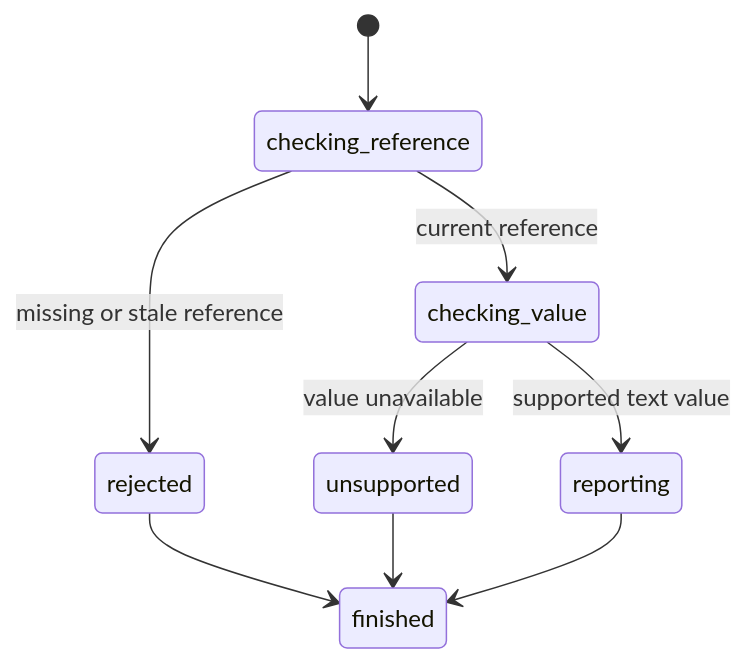
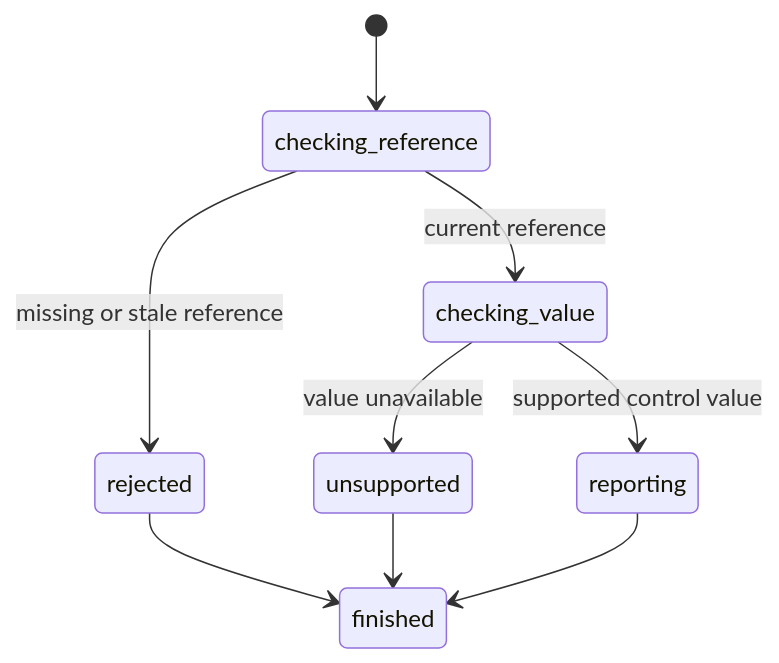
One commit to thoriqakbar0/browser.jr changed the diagram in inspection/read-value.md. Above: the diagram before and after it, drawn with Mermaid. The commit also changed other lines of this file and 29 other files, not shown here.

````diff
--- a/inspection/read-value.md
+++ b/inspection/read-value.md
@@ -19,11 +21,11 @@
 ```mermaid
 stateDiagram-v2
     [*] --> checking_reference
     checking_reference --> rejected : missing or stale reference
     checking_reference --> checking_value : current reference
     checking_value --> unsupported : value unavailable
-    checking_value --> reporting : supported text value
+    checking_value --> reporting : supported control value
     reporting --> finished
     rejected --> finished
     unsupported --> finished
 ```
````
